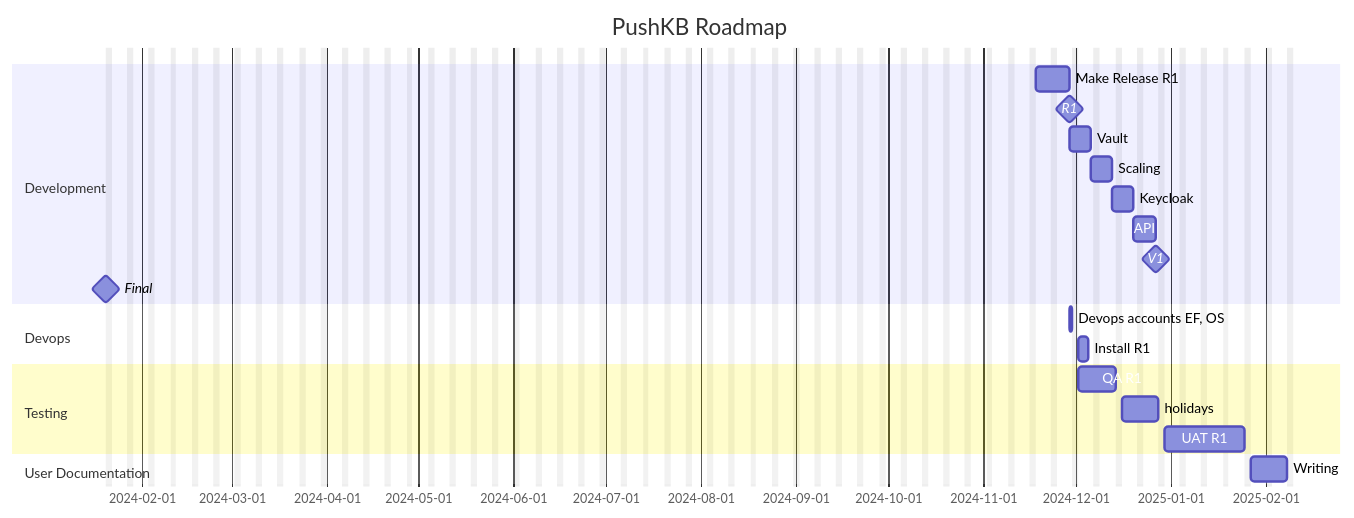
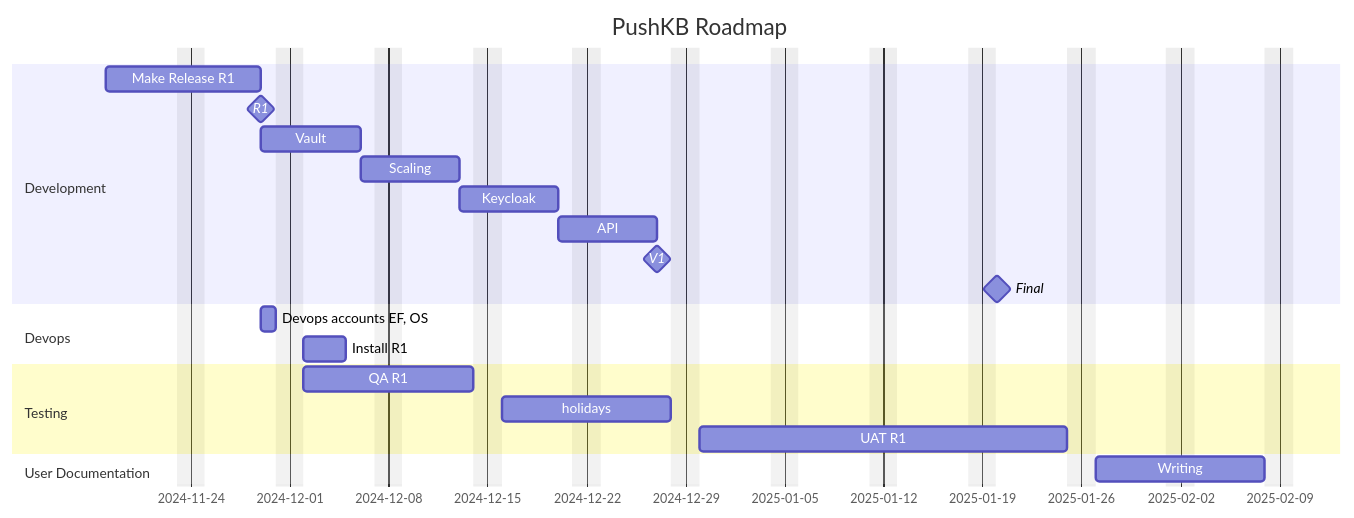
Before and after one commit to julianladisch/pushkb: the diagram in docs/roadmap.md, drawn with Mermaid.

Commit message:
chore: updated roadmap

````diff
--- a/docs/roadmap.md
+++ b/docs/roadmap.md
@@ -3,29 +3,29 @@
 ```mermaid
 gantt
     title PushKB Roadmap
     dateFormat  YYYY-MM-DD
     excludes    weekends
 
     section Development
     Make Release R1                  :t3-0, 2024-11-18, 9d
     R1                               :milestone, after t3-0, 0d
     Vault                            :t3-1, after t3-0, 5d
     Scaling                          :t3-2, after t3-1, 5d
     Keycloak                         :t3-3, after t3-2, 5d
     API                              :t3-4, after t3-3, 5d
 		V1                               :milestone, after t3-4, 0d
-		Final                            :milestone, 2024-01-20, 0d
+		Final                            :milestone, 2025-01-20, 0d
 
     section Devops
     Devops accounts EF, OS           :t4-1, after t3-0, 1d
     Install R1                       :t4-2, after t4-1, 3d
 
     section Testing
     QA R1                            :t5-1, after t4-1, 10d
     holidays                         :t5-2, after t5-1, 10d
     UAT R1                           :t5-3, after t5-2, 20d
 
     section User Documentation
     Writing                          :t6-1, after t5-3, 10d
 
 ```
````
